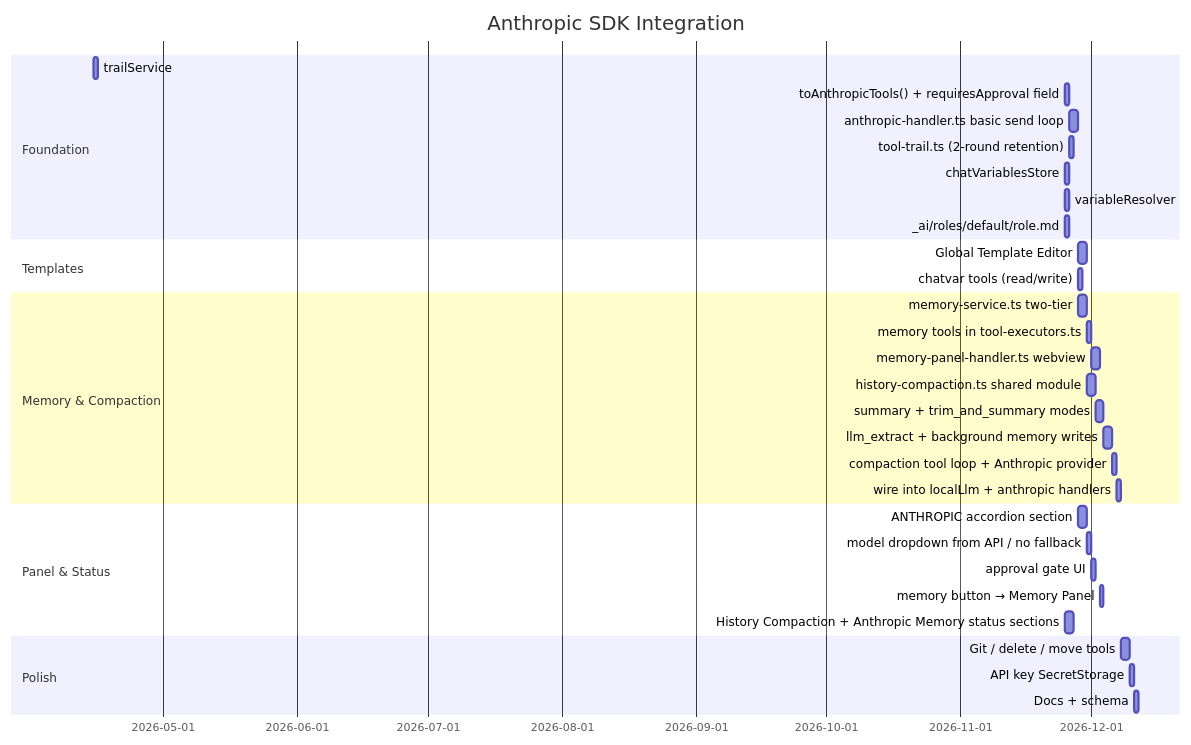
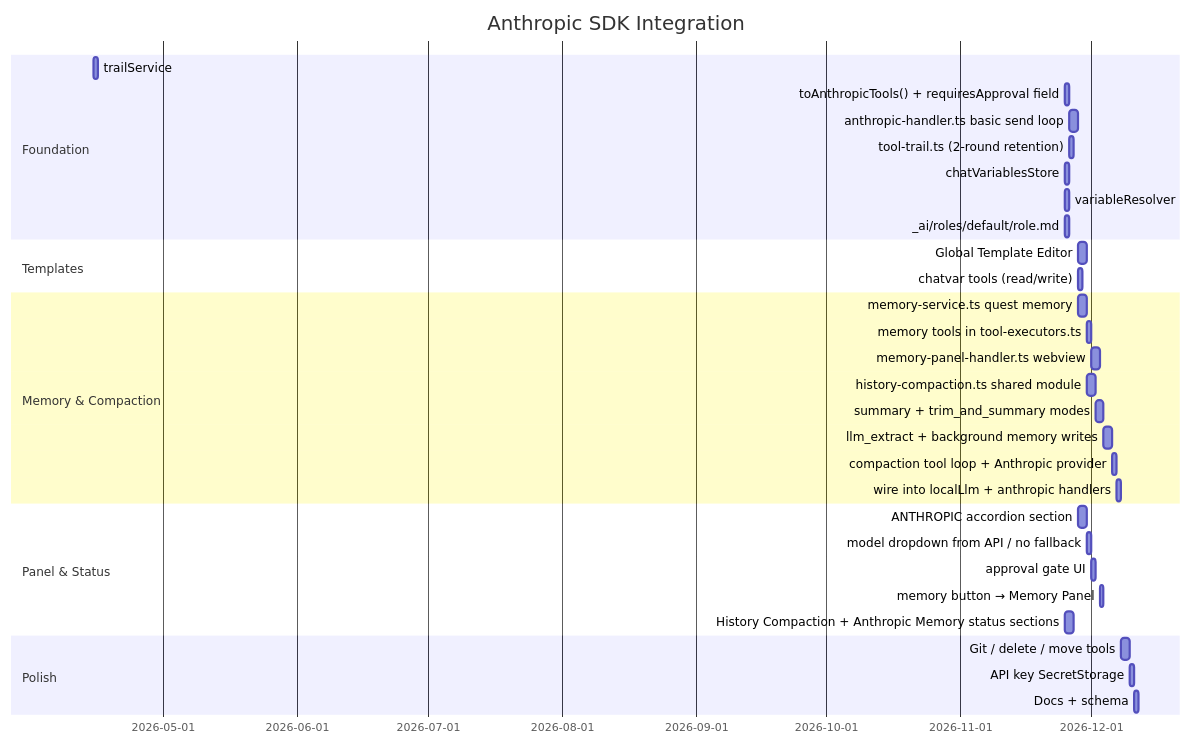
Before and after one commit to al-the-bear/tom_vscode: the ninth of 9 diagrams in tom_vscode_extension/doc/anthropic_sdk_integration.md, drawn with Mermaid. The commit also changed other lines of this file and 39 other files, not shown here.

````diff
--- a/tom_vscode_extension/doc/anthropic_sdk_integration.md
+++ b/tom_vscode_extension/doc/anthropic_sdk_integration.md
@@ -1232,35 +1199,35 @@
 ```mermaid
 gantt
     title Anthropic SDK Integration
     dateFormat YYYY-MM-DD
     section Foundation
         trailService: anthropic subsystem + default on + cleanup + gitignore :f1, 2026-04-15, 1d
         toAnthropicTools() + requiresApproval field   :f2, after f1, 1d
         anthropic-handler.ts basic send loop          :f3, after f2, 2d
         tool-trail.ts (2-round retention)             :f4, after f2, 1d
         chatVariablesStore: auto-init quest + role    :f5, after f1, 1d
         variableResolver: role/quest-description + userMessage placeholders :f6, after f5, 1d
         _ai/roles/default/role.md                     :f7, after f5, 1d
     section Templates
         Global Template Editor: all 4 new categories  :t1, after f3, 2d
         chatvar tools (read/write)                    :t2, after f3, 1d
     section Memory & Compaction
-        memory-service.ts two-tier                    :m1, after f3, 2d
+        memory-service.ts quest memory                :m1, after f3, 2d
         memory tools in tool-executors.ts             :m2, after m1, 1d
         memory-panel-handler.ts webview               :m3, after m2, 2d
         history-compaction.ts shared module           :c1, after m1, 2d
         summary + trim_and_summary modes              :c2, after c1, 2d
         llm_extract + background memory writes        :c3, after c2, 2d
         compaction tool loop + Anthropic provider     :c4, after c3, 1d
         wire into localLlm + anthropic handlers       :c5, after c4, 1d
     section Panel & Status
         ANTHROPIC accordion section                   :p1, after f3, 2d
         model dropdown from API / no fallback         :p2, after p1, 1d
         approval gate UI                              :p3, after p2, 1d
         memory button → Memory Panel                  :p4, after m3, 1d
         History Compaction + Anthropic Memory status sections :s1, after t1, 2d
     section Polish
         Git / delete / move tools                     :pl1, after c5, 2d
         API key SecretStorage                         :pl2, after pl1, 1d
         Docs + schema                                 :pl3, after pl2, 1d
 ```
````
